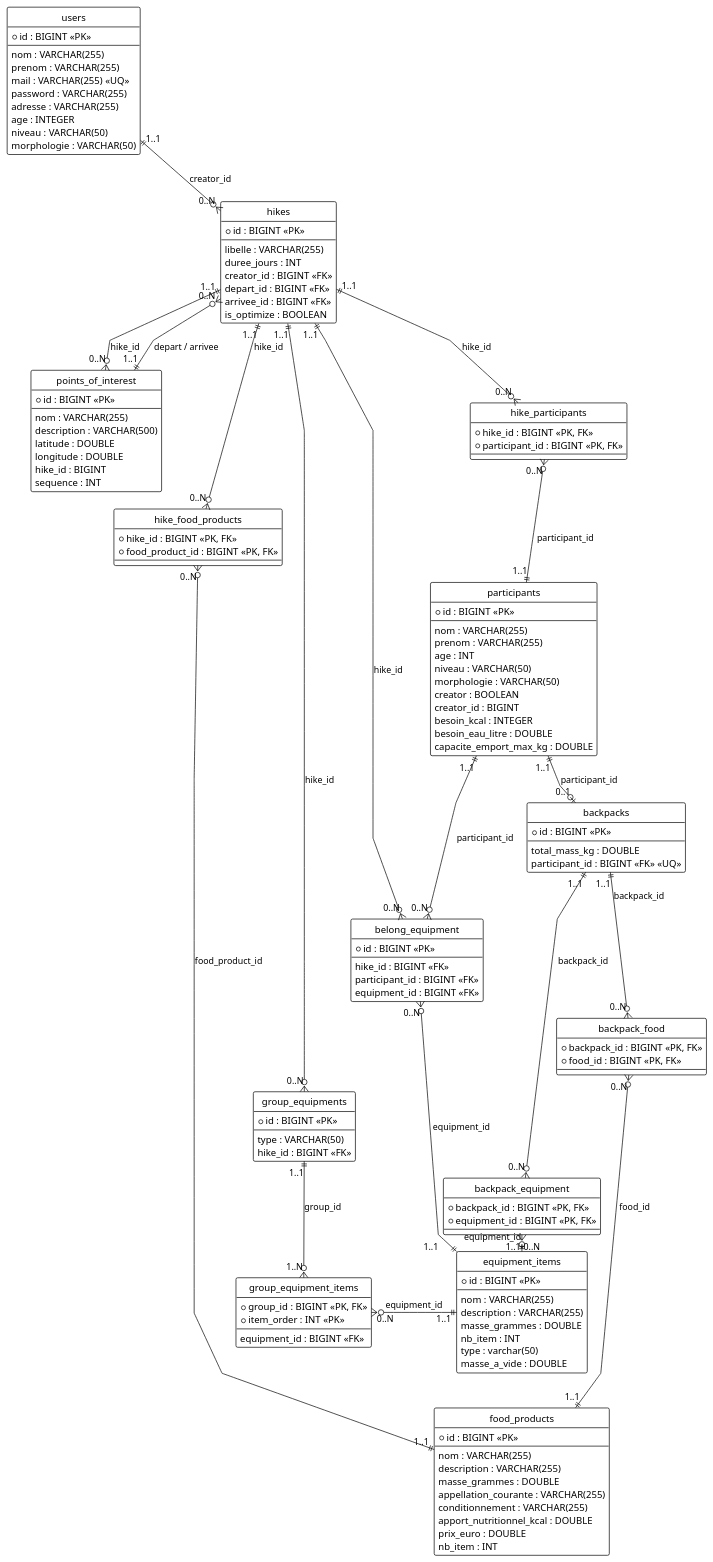
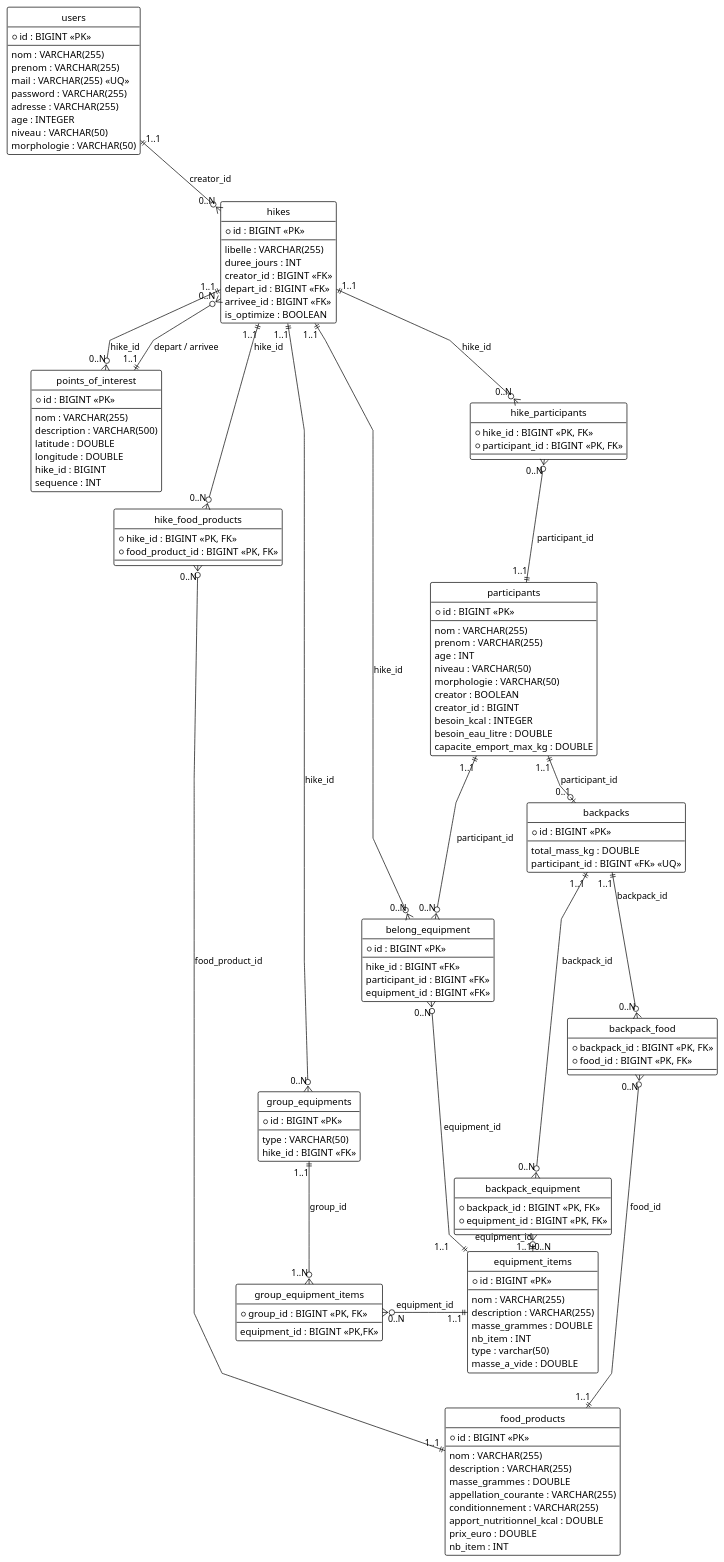
Before and after one commit to 4aWalk/api-4aWalk: the diagram in src/main/resources/modele_relationnel.puml, drawn with PlantUML. The commit also changed 1 other file, not shown here.

```diff
--- a/src/main/resources/modele_relationnel.puml
+++ b/src/main/resources/modele_relationnel.puml
@@ -1,189 +1,188 @@
 @startuml
 !theme plain
 hide circle
 
 ' === PARAMÈTRES DE MISE EN PAGE ===
 
 skinparam linetype polyline
 skinparam nodesep 40
 skinparam ranksep 50
 skinparam shadowing false
 
 ' === DÉCLARATION DES ENTITÉS (AVEC TOUS LES ATTRIBUTS) ===
 
 entity "users" {
   * id : BIGINT <<PK>>
   --
   nom : VARCHAR(255)
   prenom : VARCHAR(255)
   mail : VARCHAR(255) <<UQ>>
   password : VARCHAR(255)
   adresse : VARCHAR(255)
   age : INTEGER
   niveau : VARCHAR(50)
   morphologie : VARCHAR(50)
 }
 
 entity "participants" {
   * id : BIGINT <<PK>>
   --
   nom : VARCHAR(255)
   prenom : VARCHAR(255)
   age : INT
   niveau : VARCHAR(50)
   morphologie : VARCHAR(50)
   creator : BOOLEAN
   creator_id : BIGINT
   besoin_kcal : INTEGER
   besoin_eau_litre : DOUBLE
   capacite_emport_max_kg : DOUBLE
 }
 
 entity "points_of_interest" {
   * id : BIGINT <<PK>>
   --
   nom : VARCHAR(255)
   description : VARCHAR(500)
   latitude : DOUBLE
   longitude : DOUBLE
   hike_id : BIGINT
   sequence : INT
 }
 
 entity "hikes" {
   * id : BIGINT <<PK>>
   --
   libelle : VARCHAR(255)
   duree_jours : INT
   creator_id : BIGINT <<FK>>
   depart_id : BIGINT <<FK>>
   arrivee_id : BIGINT <<FK>>
   is_optimize : BOOLEAN
 }
 
 entity "food_products" {
   * id : BIGINT <<PK>>
   --
   nom : VARCHAR(255)
   description : VARCHAR(255)
   masse_grammes : DOUBLE
   appellation_courante : VARCHAR(255)
   conditionnement : VARCHAR(255)
   apport_nutritionnel_kcal : DOUBLE
   prix_euro : DOUBLE
   nb_item : INT
 }
 
 entity "equipment_items" {
   * id : BIGINT <<PK>>
   --
   nom : VARCHAR(255)
   description : VARCHAR(255)
   masse_grammes : DOUBLE
   nb_item : INT
   type : varchar(50)
   masse_a_vide : DOUBLE
 }
 
 entity "backpacks" {
   * id : BIGINT <<PK>>
   --
   total_mass_kg : DOUBLE
   participant_id : BIGINT <<FK>> <<UQ>>
 }
 
 entity "backpack_equipment" {
   * backpack_id : BIGINT <<PK, FK>>
   * equipment_id : BIGINT <<PK, FK>>
 }
 
 entity "backpack_food" {
   * backpack_id : BIGINT <<PK, FK>>
   * food_id : BIGINT <<PK, FK>>
 }
 
 entity "hike_participants" {
   * hike_id : BIGINT <<PK, FK>>
   * participant_id : BIGINT <<PK, FK>>
 }
 
 entity "hike_food_products" {
   * hike_id : BIGINT <<PK, FK>>
   * food_product_id : BIGINT <<PK, FK>>
 }
 
 entity "group_equipments" {
   * id : BIGINT <<PK>>
   --
   type : VARCHAR(50)
   hike_id : BIGINT <<FK>>
 }
 
 entity "group_equipment_items" {
   * group_id : BIGINT <<PK, FK>>
-  * item_order : INT <<PK>>
   --
-  equipment_id : BIGINT <<FK>>
+  equipment_id : BIGINT <<PK,FK>>
 }
 
 entity "belong_equipment" {
   * id : BIGINT <<PK>>
   --
   hike_id : BIGINT <<FK>>
   participant_id : BIGINT <<FK>>
   equipment_id : BIGINT <<FK>>
 }
 
 ' ==========================================
 ' === STRUCTURE INVISIBLE (LES COLONNES) ===
 ' ==========================================
 ' Ces lignes ne s'affichent pas mais forcent l'alignement vertical
 
 ' Colonne 1
 users -[hidden]down- points_of_interest
 
 ' Colonne 2
 hikes -[hidden]down- participants
 
 ' Colonne 3 (Les tables de liaison au centre)
 hike_participants -[hidden]down- backpacks
 backpacks -[hidden]down- belong_equipment
 belong_equipment -[hidden]down- group_equipments
 
 ' Colonne 4
 equipment_items -[hidden]down- food_products
 
 
 ' ==========================================
 ' === RELATIONS AVEC CARDINALITÉS ===
 ' ==========================================
 
 ' De la Col 1 vers la Col 2
 users "1..1" ||--o{ "0..N" hikes : "creator_id"
 points_of_interest "1..1" ||--o{ "0..N" hikes : "depart / arrivee"
 hikes "1..1" ||--o{ "0..N" points_of_interest : "hike_id"
 
 ' Autour de la Col 2 (Hikes & Participants)
 hikes "1..1" ||-down-o{ "0..N" hike_participants : "hike_id"
 participants "1..1" ||-up-o{ "0..N" hike_participants : "participant_id"
 participants "1..1" ||--o| "0..1" backpacks : "participant_id"
 
 ' Liaisons vers les ressources (Col 4)
 backpacks "1..1" ||--o{ "0..N" backpack_equipment : "backpack_id"
 equipment_items "1..1" ||-left-o{ "0..N" backpack_equipment : "equipment_id"
 
 backpacks "1..1" ||--o{ "0..N" backpack_food : "backpack_id"
 food_products "1..1" ||-left-o{ "0..N" backpack_food : "food_id"
 
 hikes "1..1" ||--o{ "0..N" hike_food_products : "hike_id"
 food_products "1..1" ||-left-o{ "0..N" hike_food_products : "food_product_id"
 
 hikes "1..1" ||--o{ "0..N" group_equipments : "hike_id"
 group_equipments "1..1" ||--o{ "1..N" group_equipment_items : "group_id"
 equipment_items "1..1" ||-left-o{ "0..N" group_equipment_items : "equipment_id"
 
 hikes "1..1" ||--o{ "0..N" belong_equipment : "hike_id"
 participants "1..1" ||--o{ "0..N" belong_equipment : "participant_id"
 equipment_items "1..1" ||-left-o{ "0..N" belong_equipment : "equipment_id"
 
 @enduml
```
